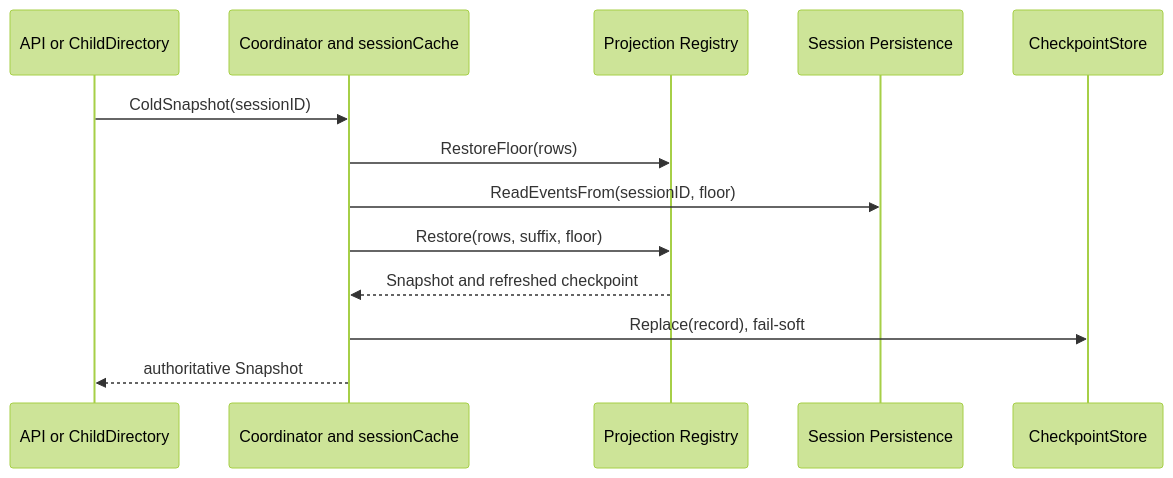
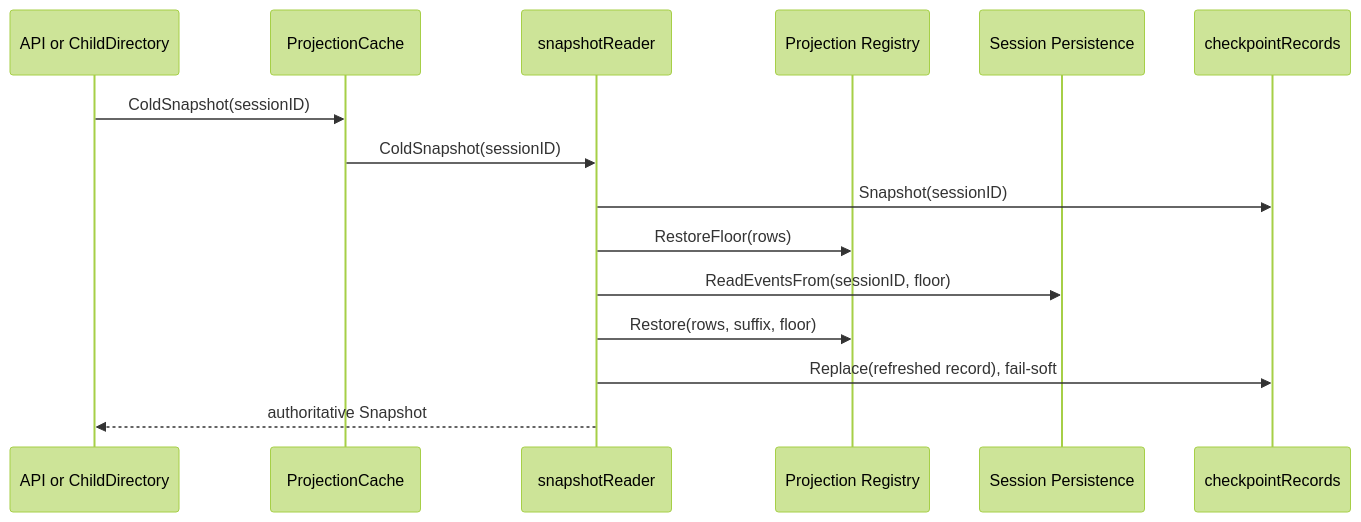
One commit to gorenx/goren changed the first of 2 diagrams in session/projectioncache/README.zh-CN.md. Above: the diagram before and after it, drawn with Mermaid (forest theme). The commit also changed other lines of this file and 11 other files, not shown here.

Commit message:
docs(session): align lifecycle and projection cache design

````diff
--- a/session/projectioncache/README.zh-CN.md
+++ b/session/projectioncache/README.zh-CN.md
@@ -33,16 +33,18 @@
 ```mermaid
 sequenceDiagram
     participant Consumer as API or ChildDirectory
-    participant Cache as Coordinator and sessionCache
+    participant Cache as ProjectionCache
+    participant Reader as snapshotReader
     participant Registry as Projection Registry
     participant Persistence as Session Persistence
-    participant Store as CheckpointStore
+    participant Records as checkpointRecords
 
     Consumer->>Cache: ColdSnapshot(sessionID)
-    Cache->>Registry: RestoreFloor(rows)
-    Cache->>Persistence: ReadEventsFrom(sessionID, floor)
-    Cache->>Registry: Restore(rows, suffix, floor)
-    Registry-->>Cache: Snapshot and refreshed checkpoint
-    Cache->>Store: Replace(record), fail-soft
-    Cache-->>Consumer: authoritative Snapshot
+    Cache->>Reader: ColdSnapshot(sessionID)
+    Reader->>Records: Snapshot(sessionID)
+    Reader->>Registry: RestoreFloor(rows)
+    Reader->>Persistence: ReadEventsFrom(sessionID, floor)
+    Reader->>Registry: Restore(rows, suffix, floor)
+    Reader->>Records: Replace(refreshed record), fail-soft
+    Reader-->>Consumer: authoritative Snapshot
 ```
````
